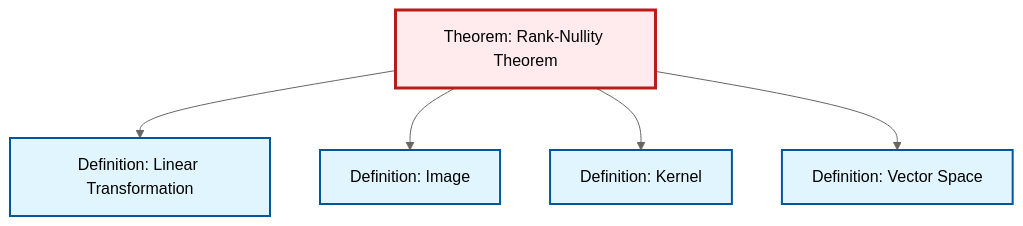
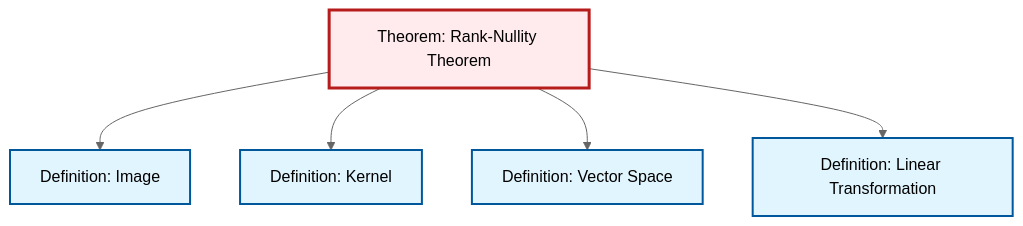
One commit to RK0429/ModernMath changed the diagram in output/mermaid/thm-rank-nullity.mermaid. Above: the diagram before and after it, drawn with Mermaid (neutral theme). The commit also changed other lines of this file and 1117 other files, not shown here.

````diff
--- a/output/mermaid/thm-rank-nullity.mermaid
+++ b/output/mermaid/thm-rank-nullity.mermaid
@@ -1,19 +1,19 @@
 ```{mermaid}
 %%| fig-cap: "Local dependency graph"
 graph TD
     classDef definition fill:#e1f5fe,stroke:#01579b,stroke-width:2px
     classDef theorem fill:#f3e5f5,stroke:#4a148c,stroke-width:2px
     classDef axiom fill:#fff3e0,stroke:#e65100,stroke-width:2px
     classDef example fill:#e8f5e9,stroke:#1b5e20,stroke-width:2px
     classDef current fill:#ffebee,stroke:#b71c1c,stroke-width:3px
     thm-rank-nullity["Theorem: Rank-Nullity Theorem"]:::theorem
+    def-linear-transformation["Definition: Linear Transformation"]:::definition
     def-vector-space["Definition: Vector Space"]:::definition
     def-kernel["Definition: Kernel"]:::definition
     def-image["Definition: Image"]:::definition
-    def-linear-transformation["Definition: Linear Transformation"]:::definition
-    thm-rank-nullity --> def-linear-transformation
     thm-rank-nullity --> def-image
     thm-rank-nullity --> def-kernel
     thm-rank-nullity --> def-vector-space
+    thm-rank-nullity --> def-linear-transformation
     class thm-rank-nullity current
 ```
````
